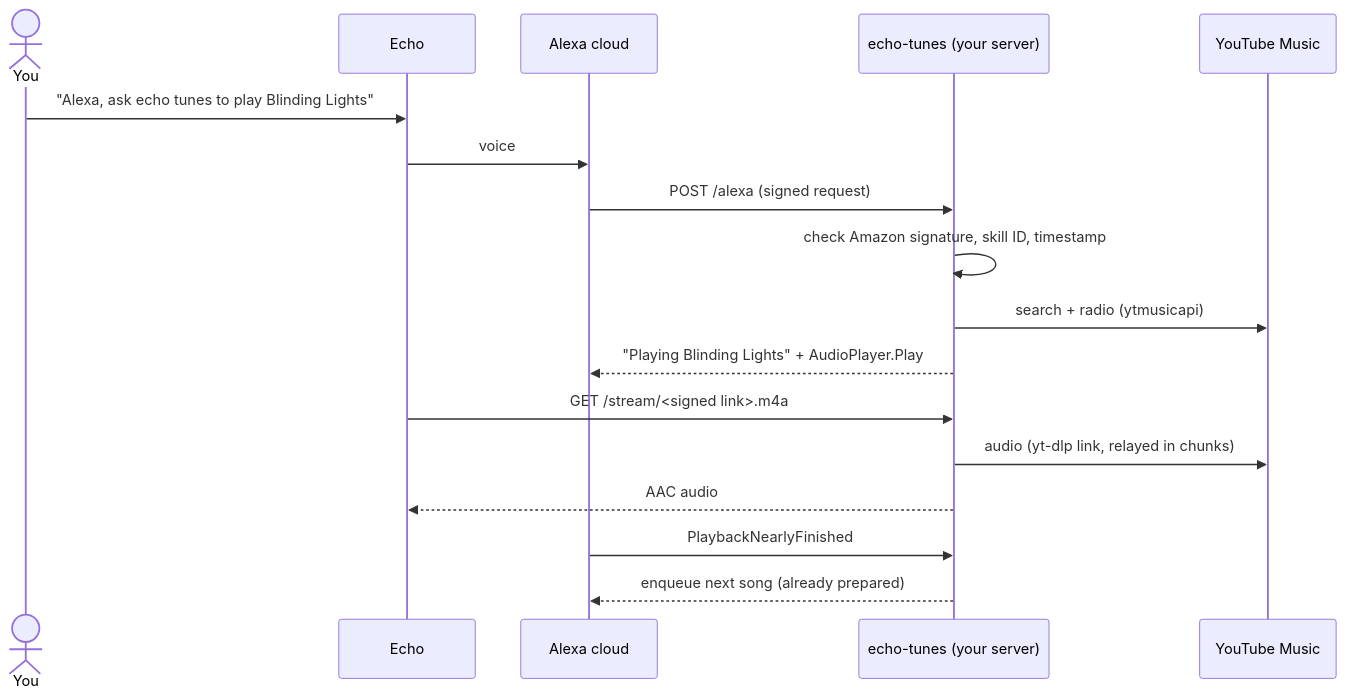
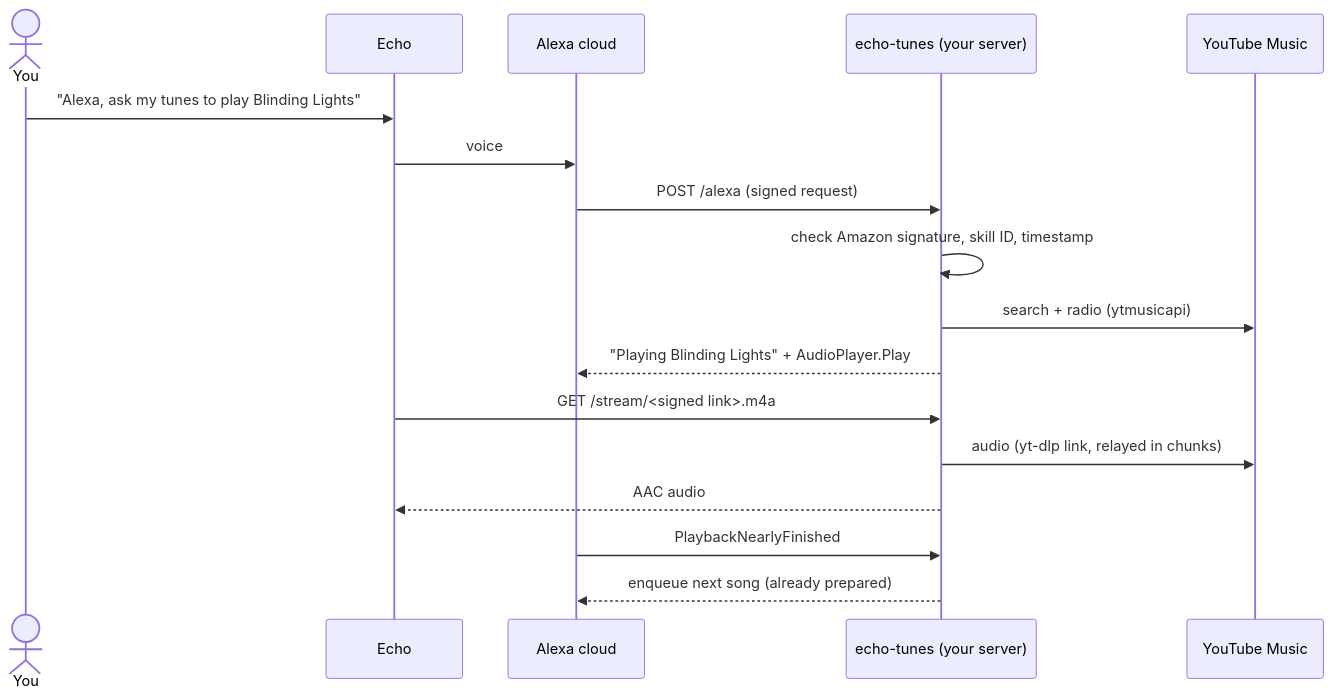
The diagram in README.md (denzilrdz/echo-tunes), drawn with Mermaid before and after one commit. The commit also changed other lines of this file and 15 other files, not shown here.

First line of the commit message:
fix: spoken name 'my tunes' (no wake word) and keep signed YouTube links out of logs (#4)

````diff
--- a/README.md
+++ b/README.md
@@ -128,20 +128,20 @@
 ```mermaid
 sequenceDiagram
     actor You
     participant Echo
     participant Alexa as Alexa cloud
     participant ET as echo-tunes (your server)
     participant YT as YouTube Music
 
-    You->>Echo: "Alexa, ask echo tunes to play Blinding Lights"
+    You->>Echo: "Alexa, ask my tunes to play Blinding Lights"
     Echo->>Alexa: voice
     Alexa->>ET: POST /alexa (signed request)
     ET->>ET: check Amazon signature, skill ID, timestamp
     ET->>YT: search + radio (ytmusicapi)
     ET-->>Alexa: "Playing Blinding Lights" + AudioPlayer.Play
     Echo->>ET: GET /stream/<signed link>.m4a
     ET->>YT: audio (yt-dlp link, relayed in chunks)
     ET-->>Echo: AAC audio
     Alexa->>ET: PlaybackNearlyFinished
     ET-->>Alexa: enqueue next song (already prepared)
 ```
````
